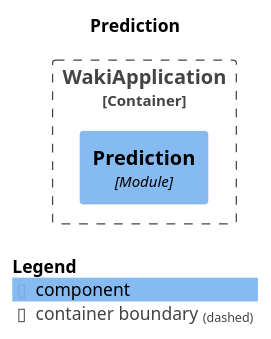
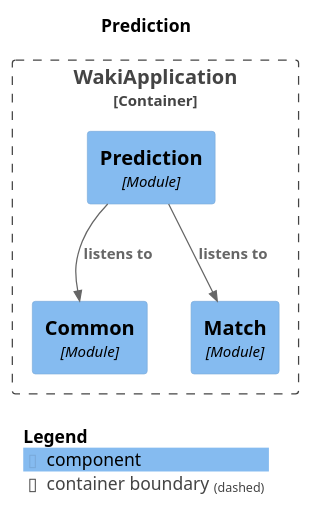
The diagram in backend/target/spring-modulith-docs/module-prediction.puml (No-Country-simulation/h2-02-ft-java-react), drawn with PlantUML before and after one commit. The commit also changed 250 other files, not shown here.

```diff
--- a/backend/target/spring-modulith-docs/module-prediction.puml
+++ b/backend/target/spring-modulith-docs/module-prediction.puml
@@ -1,17 +1,21 @@
 @startuml
 set separator none
 title Prediction
 
 top to bottom direction
 
 !include <C4/C4>
 !include <C4/C4_Context>
 !include <C4/C4_Component>
 
 Container_Boundary("WakiApplication.WakiApplication_boundary", "WakiApplication", $tags="") {
+  Component(WakiApplication.WakiApplication.Common, "Common", $techn="Module", $descr="", $tags="", $link="")
+  Component(WakiApplication.WakiApplication.Match, "Match", $techn="Module", $descr="", $tags="", $link="")
   Component(WakiApplication.WakiApplication.Prediction, "Prediction", $techn="Module", $descr="", $tags="", $link="")
 }
 
+Rel(WakiApplication.WakiApplication.Prediction, WakiApplication.WakiApplication.Match, "listens to", $techn="", $tags="", $link="")
+Rel(WakiApplication.WakiApplication.Prediction, WakiApplication.WakiApplication.Common, "listens to", $techn="", $tags="", $link="")
 
 SHOW_LEGEND(true)
 @enduml
```
